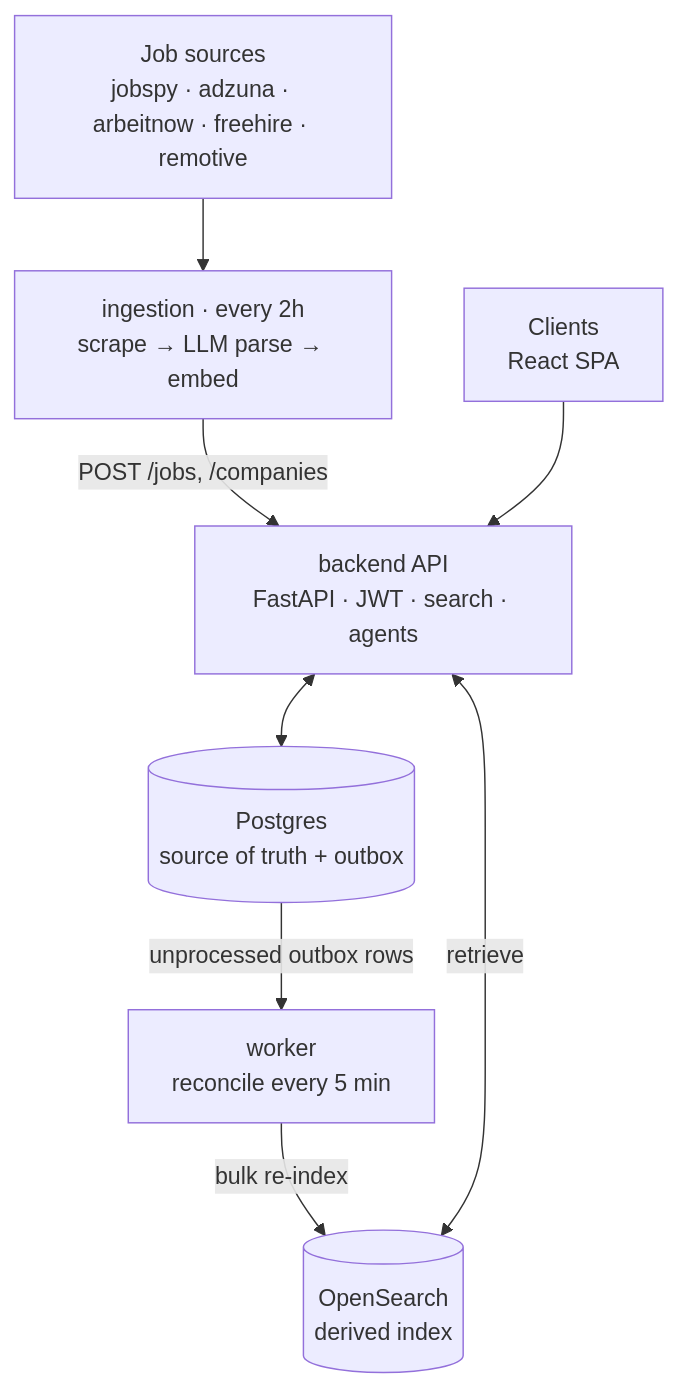
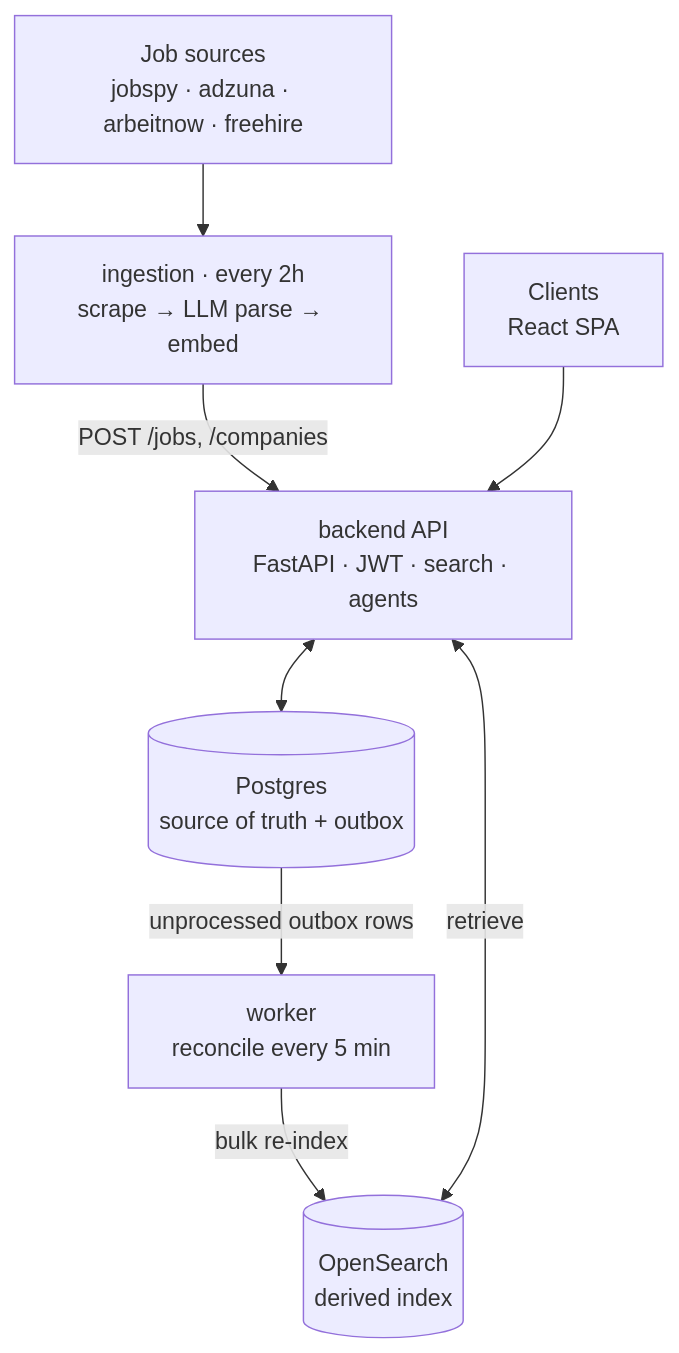
Before and after one commit to LorenzoSchiroli/jobsifty: the first of 7 diagrams in README.md, drawn with Mermaid. The commit also changed other lines of this file and 4 other files, not shown here.

````diff
--- a/README.md
+++ b/README.md
@@ -28,18 +28,18 @@
 ```mermaid
 flowchart TB
-    SRC["Job sources<br/>jobspy · adzuna · arbeitnow · freehire · remotive"]
+    SRC["Job sources<br/>jobspy · adzuna · arbeitnow · freehire"]
     ING["ingestion · every 2h<br/>scrape → LLM parse → embed"]
     CLI["Clients<br/>React SPA"]
     API["backend API<br/>FastAPI · JWT · search · agents"]
     PG[("Postgres<br/>source of truth + outbox")]
     WK["worker<br/>reconcile every 5 min"]
     OS[("OpenSearch<br/>derived index")]
 
     SRC --> ING
     ING -->|"POST /jobs, /companies"| API
     CLI --> API
     API <--> PG
     PG -->|"unprocessed outbox rows"| WK
     WK -->|"bulk re-index"| OS
     API <-->|"retrieve"| OS
 ```
````
